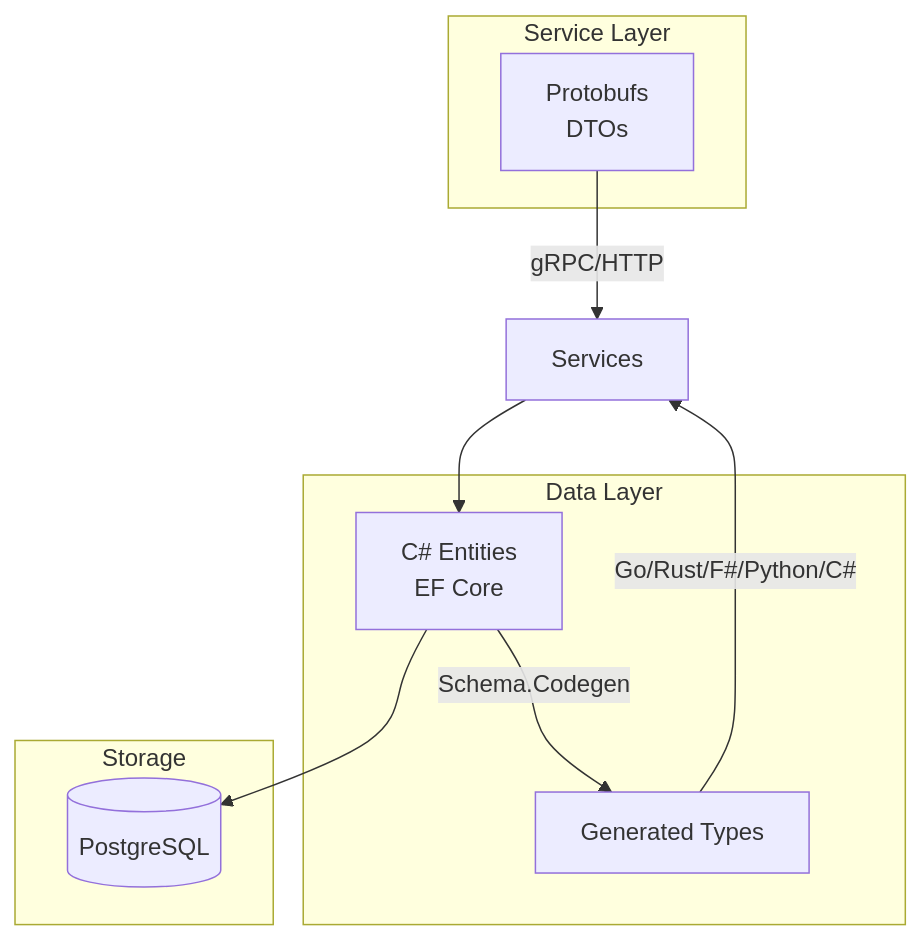
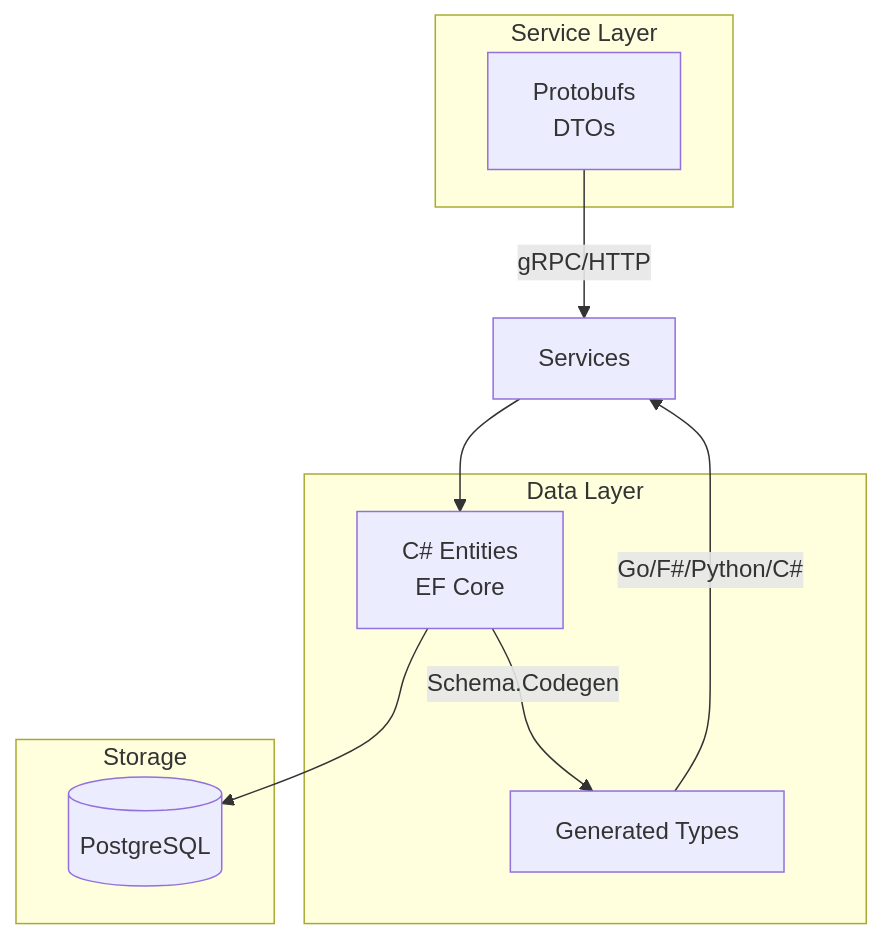
One commit to Nechja/hellArch changed the first of 2 diagrams in docs/architecture/schema.md. Above: the diagram before and after it, drawn with Mermaid. The commit also changed other lines of this file and 254 other files, not shown here.

````diff
--- a/docs/architecture/schema.md
+++ b/docs/architecture/schema.md
@@ -7,21 +7,21 @@
 ```mermaid
 graph TB
     subgraph Service Layer
         PROTO[Protobufs<br/>DTOs]
     end
 
     subgraph Data Layer
         ENTITY[C# Entities<br/>EF Core]
         GEN[Generated Types]
     end
 
     subgraph Storage
         PG[(PostgreSQL)]
     end
 
     PROTO -->|gRPC/HTTP| SERVICE[Services]
     SERVICE --> ENTITY
     ENTITY --> PG
     ENTITY -->|Schema.Codegen| GEN
-    GEN -->|Go/Rust/F#/Python/C#| SERVICE
+    GEN -->|Go/F#/Python/C#| SERVICE
 ```
````
